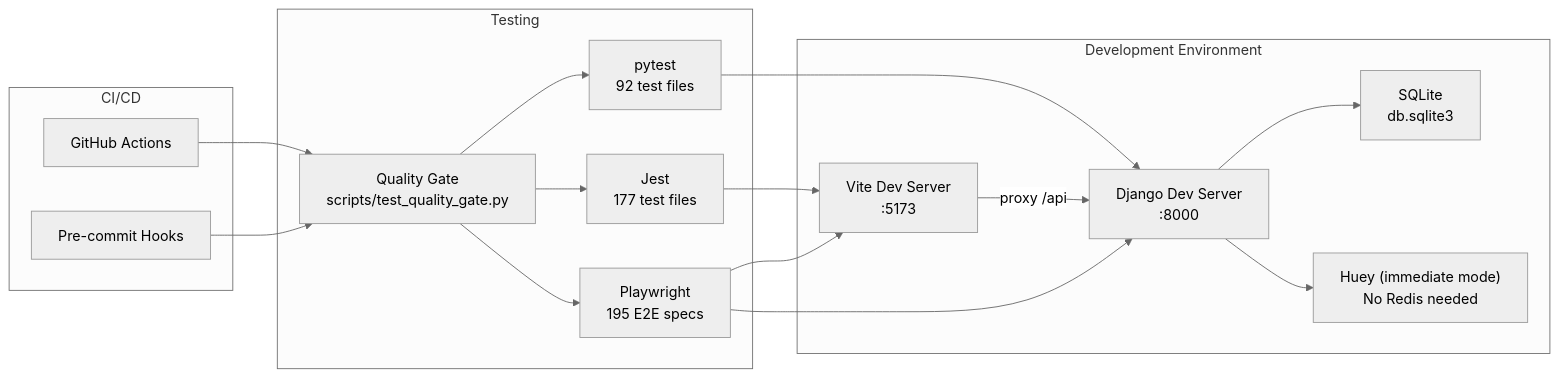
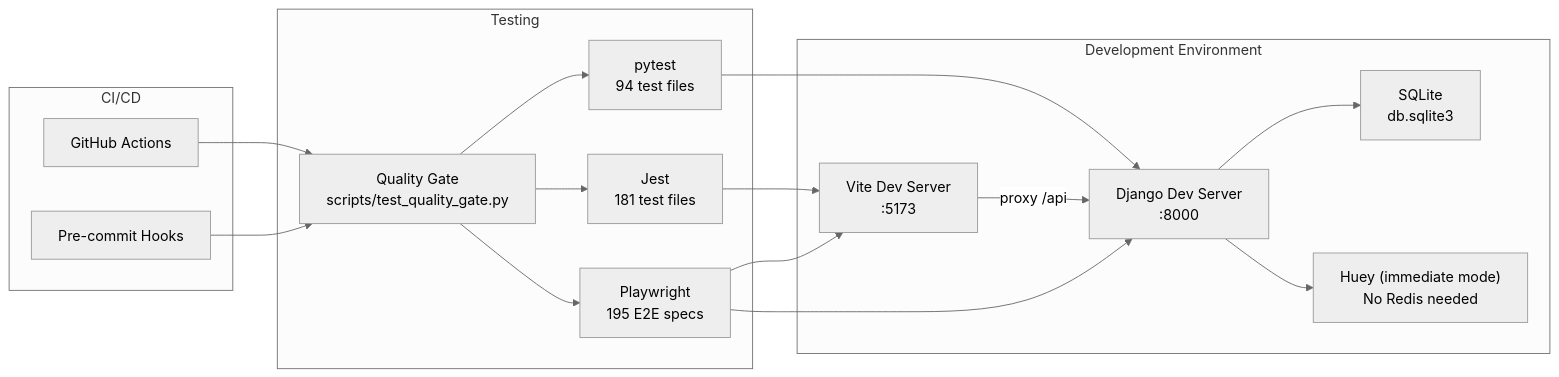
Before and after one commit to carlos18bp/gym_project: the second of 8 diagrams in docs/methodology/architecture.md, drawn with Mermaid (neutral theme). The commit also changed other lines of this file and 5 other files, not shown here.

````diff
--- a/docs/methodology/architecture.md
+++ b/docs/methodology/architecture.md
@@ -60,34 +60,34 @@
 ```mermaid
 flowchart LR
     subgraph Dev["Development Environment"]
         Vite["Vite Dev Server\n:5173"]
         Django["Django Dev Server\n:8000"]
         Huey_Imm["Huey (immediate mode)\nNo Redis needed"]
         SQLite["SQLite\ndb.sqlite3"]
     end
 
     subgraph Test["Testing"]
-        Pytest["pytest\n92 test files"]
-        Jest["Jest\n177 test files"]
+        Pytest["pytest\n94 test files"]
+        Jest["Jest\n181 test files"]
         PW["Playwright\n195 E2E specs"]
         QG["Quality Gate\nscripts/test_quality_gate.py"]
     end
 
     subgraph CI["CI/CD"]
         GHA["GitHub Actions"]
         PreCommit["Pre-commit Hooks"]
     end
 
     Vite -->|"proxy /api"| Django
     Django --> SQLite
     Django --> Huey_Imm
     Pytest --> Django
     Jest --> Vite
     PW --> Vite
     PW --> Django
     QG --> Pytest
     QG --> Jest
     QG --> PW
     GHA --> QG
     PreCommit --> QG
 ```
````
